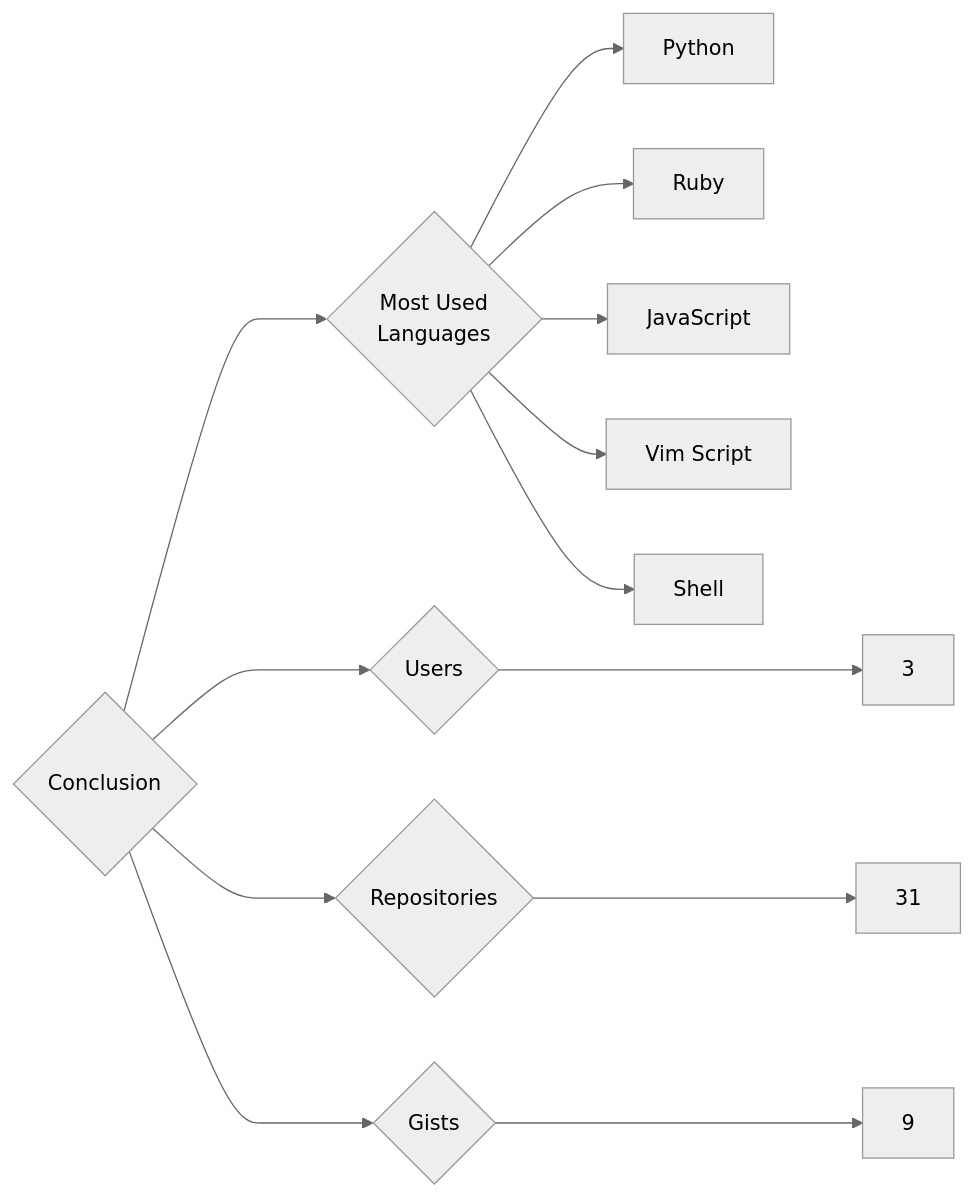
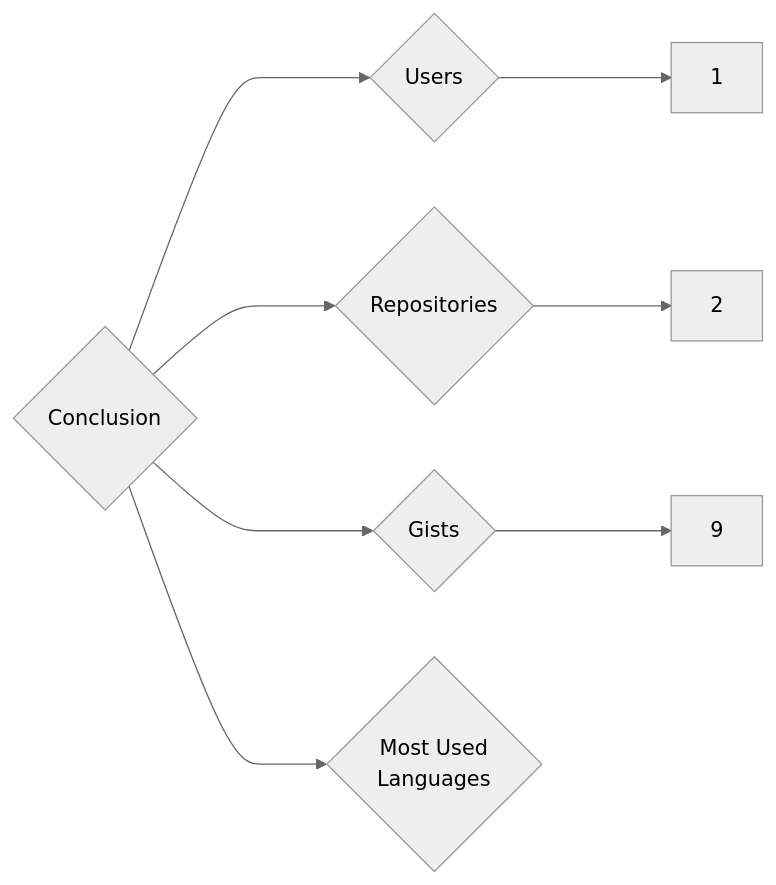
One commit to trickest/insiders changed the diagram in targets/Conclusion/README.md. Above: the diagram before and after it, drawn with Mermaid (neutral theme). The commit also changed 815 other files, not shown here.

````diff
--- a/targets/Conclusion/README.md
+++ b/targets/Conclusion/README.md
@@ -3,13 +3,8 @@
 ```mermaid
 graph LR
 COMPANY_NAME{Conclusion}
-COMPANY_NAME ---> U{Users} ---> UN[3]
-COMPANY_NAME ---> R{Repositories} ---> RN[31]
+COMPANY_NAME ---> U{Users} ---> UN[1]
+COMPANY_NAME ---> R{Repositories} ---> RN[2]
 COMPANY_NAME ---> G{Gists} ---> GN[9]
 COMPANY_NAME ---> ML{Most Used<br>Languages}
-ML --> Python[Python]
-ML --> Ruby[Ruby]
-ML --> JavaScript[JavaScript]
-ML --> Vim_Script[Vim Script]
-ML --> Shell[Shell]
 ```
````
